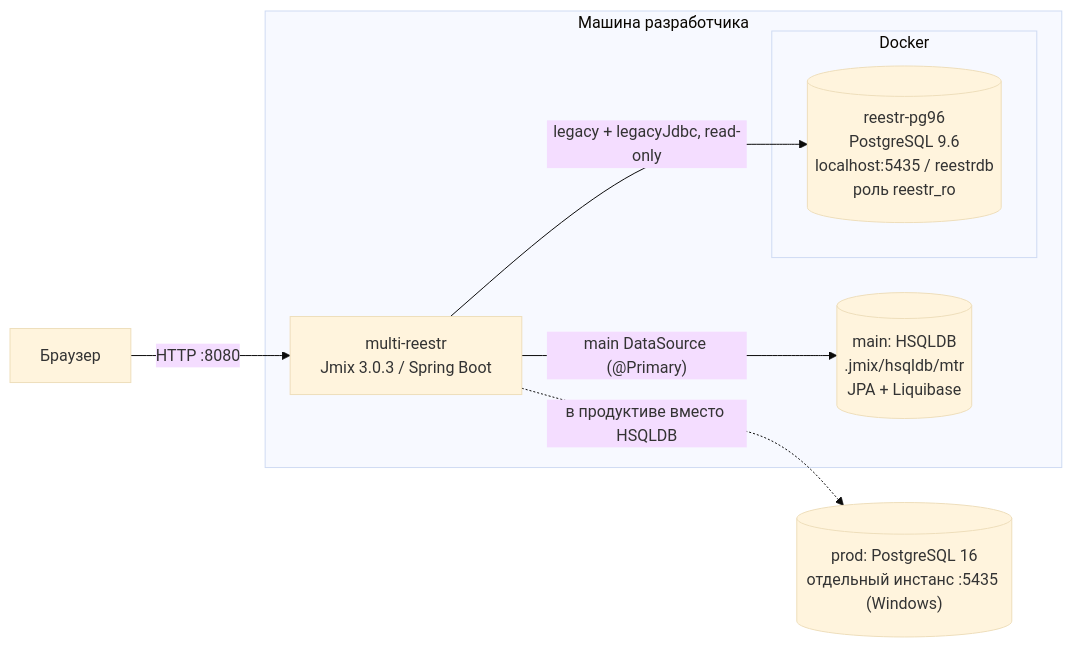
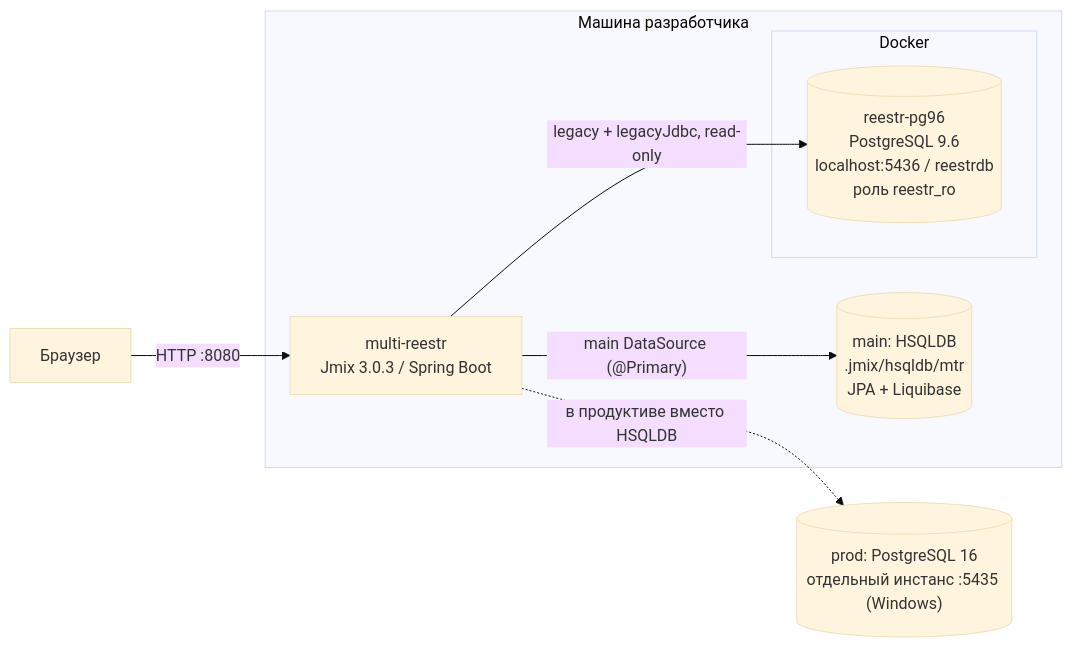
One commit to stasmakarov/multi-reestr-helper changed the diagram in docs/lessons/lesson-01-legacy.md. Above: the diagram before and after it, drawn with Mermaid (base theme). The commit also changed other lines of this file and 19 other files, not shown here.

````diff
--- a/docs/lessons/lesson-01-legacy.md
+++ b/docs/lessons/lesson-01-legacy.md
@@ -54,15 +54,15 @@
 ```mermaid
 flowchart LR
     B["Браузер"] -->|"HTTP :8080"| APP
     subgraph DEV["Машина разработчика"]
         APP["multi-reestr<br/>Jmix 3.0.3 / Spring Boot"]
         H[("main: HSQLDB<br/>.jmix/hsqldb/mtr<br/>JPA + Liquibase")]
         subgraph DOCKER["Docker"]
-            L[("reestr-pg96<br/>PostgreSQL 9.6<br/>localhost:5435 / reestrdb<br/>роль reestr_ro")]
+            L[("reestr-pg96<br/>PostgreSQL 9.6<br/>localhost:5436 / reestrdb<br/>роль reestr_ro")]
         end
     end
     P[("prod: PostgreSQL 16<br/>отдельный инстанс :5435 (Windows)")]
     APP -->|"main DataSource (@Primary)"| H
     APP -->|"legacy + legacyJdbc, read-only"| L
     APP -.->|"в продуктиве вместо HSQLDB"| P
 ```
````
